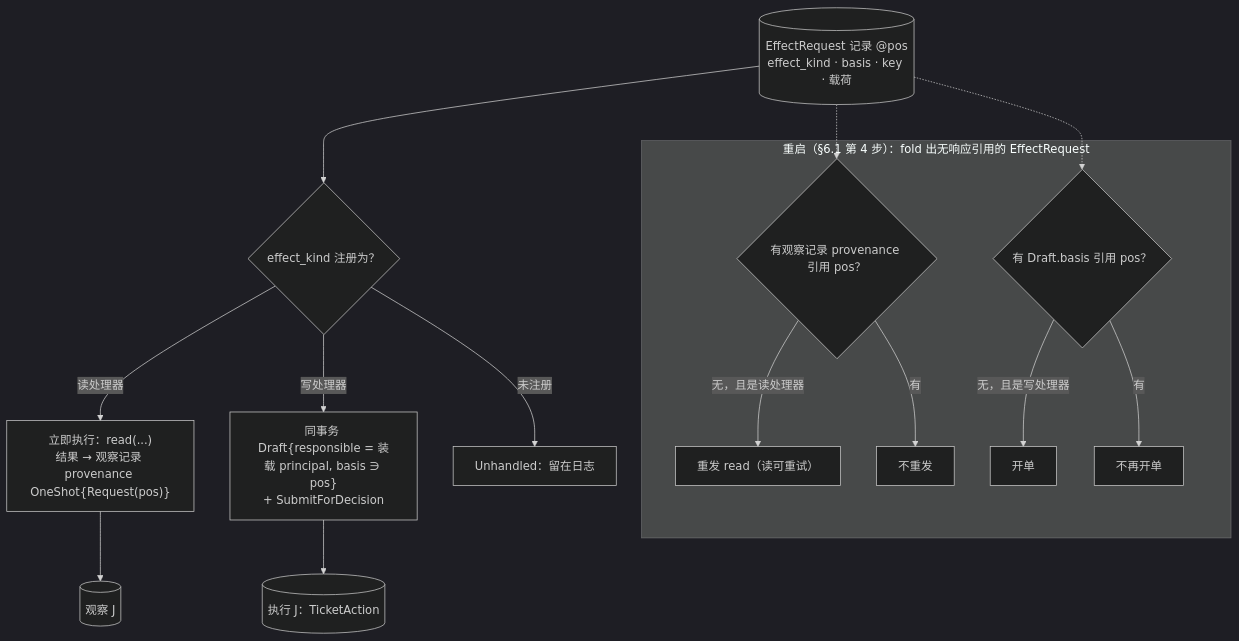
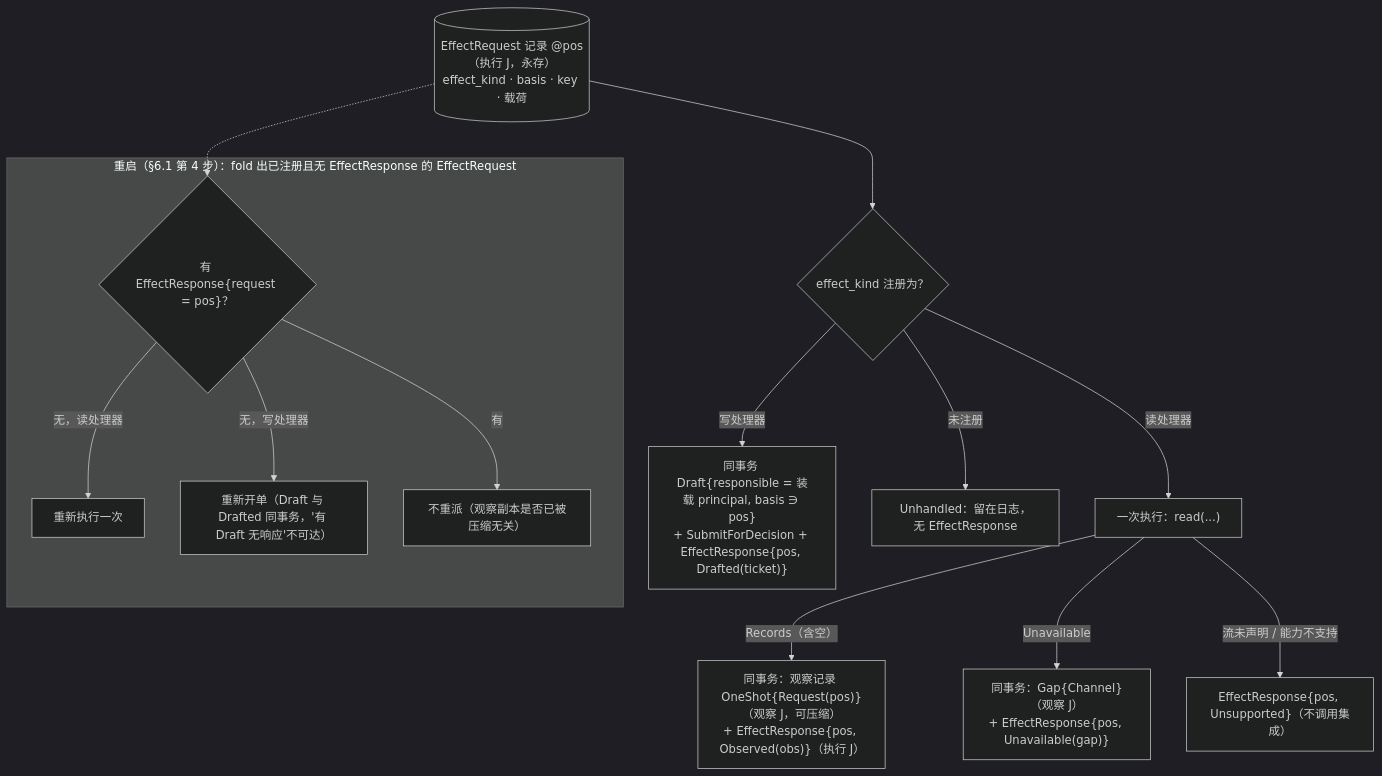
The third of 3 diagrams in design/diagrams/04-program-host.md (mouriya-s-lab/uta), drawn with Mermaid (dark theme) before and after one commit. The commit also changed other lines of this file and 9 other files, not shown here.

Commit message:
设计：并入 astra 复核——腿身份 AttemptRef、回执/证据字节归执行事实、EffectResponse 完成事实、AwaitingTargetTerminal 有界出口、ReconciliationReopened 重开取证、取证记录矩阵（Unavailable 不算取证）、lane 集合语义贯通、恢复先判 Resolved、alignment 读当前流末 + checked_as_of、一版一决 Conflict(AlreadyDecided)、Lag/完备位置切面、唯一边=类型依赖与语义消费、XA 类比改设计标签；图 D1–D9 同步

````diff
--- a/design/diagrams/04-program-host.md
+++ b/design/diagrams/04-program-host.md
@@ -85,21 +95,19 @@
 ```mermaid
 flowchart TB
-  ER[("EffectRequest 记录 @pos<br/>effect_kind · basis · key · 载荷")]
+  ER[("EffectRequest 记录 @pos（执行 J，永存）<br/>effect_kind · basis · key · 载荷")]
   REG{"effect_kind 注册为？"}
   ER --> REG
-  REG -->|"读处理器"| RD["立即执行：read(...)<br/>结果 → 观察记录 provenance OneShot{Request(pos)}"]
-  REG -->|"写处理器"| WR["同事务 Draft{responsible = 装载 principal, basis ∋ pos}<br/>+ SubmitForDecision"]
-  REG -->|"未注册"| UH["Unhandled：留在日志"]
-  RD --> OBS[("观察 J")]
-  WR --> EJ[("执行 J：TicketAction")]
-  subgraph RESTART["重启（§6.1 第 4 步）：fold 出无响应引用的 EffectRequest"]
-    Q1{"有观察记录 provenance 引用 pos？"}
-    Q2{"有 Draft.basis 引用 pos？"}
-    Q1 -->|"无，且是读处理器"| RD2["重发 read（读可重试）"]
-    Q2 -->|"无，且是写处理器"| WR2["开单"]
-    Q2 -->|"有"| SKIP["不再开单"]
-    Q1 -->|"有"| SKIP2["不重发"]
+  REG -->|"读处理器"| RD["一次执行：read(...)"]
+  RD -->|"Records（含空）"| R1["同事务：观察记录 OneShot{Request(pos)}（观察 J，可压缩）<br/>+ EffectResponse{pos, Observed(obs)}（执行 J）"]
+  RD -->|"Unavailable"| R2["同事务：Gap{Channel}（观察 J）<br/>+ EffectResponse{pos, Unavailable(gap)}"]
+  RD -->|"流未声明 / 能力不支持"| R3["EffectResponse{pos, Unsupported}（不调用集成）"]
+  REG -->|"写处理器"| WR["同事务 Draft{responsible = 装载 principal, basis ∋ pos}<br/>+ SubmitForDecision + EffectResponse{pos, Drafted(ticket)}"]
+  REG -->|"未注册"| UH["Unhandled：留在日志，无 EffectResponse"]
+  subgraph RESTART["重启（§6.1 第 4 步）：fold 出已注册且无 EffectResponse 的 EffectRequest"]
+    Q1{"有 EffectResponse{request = pos}？"}
+    Q1 -->|"无，读处理器"| RD2["重新执行一次"]
+    Q1 -->|"无，写处理器"| WR2["重新开单（Draft 与 Drafted 同事务，'有 Draft 无响应'不可达）"]
+    Q1 -->|"有"| SKIP["不重派（观察副本是否已被压缩无关）"]
   end
   ER -.-> Q1
-  ER -.-> Q2
 ```
````
